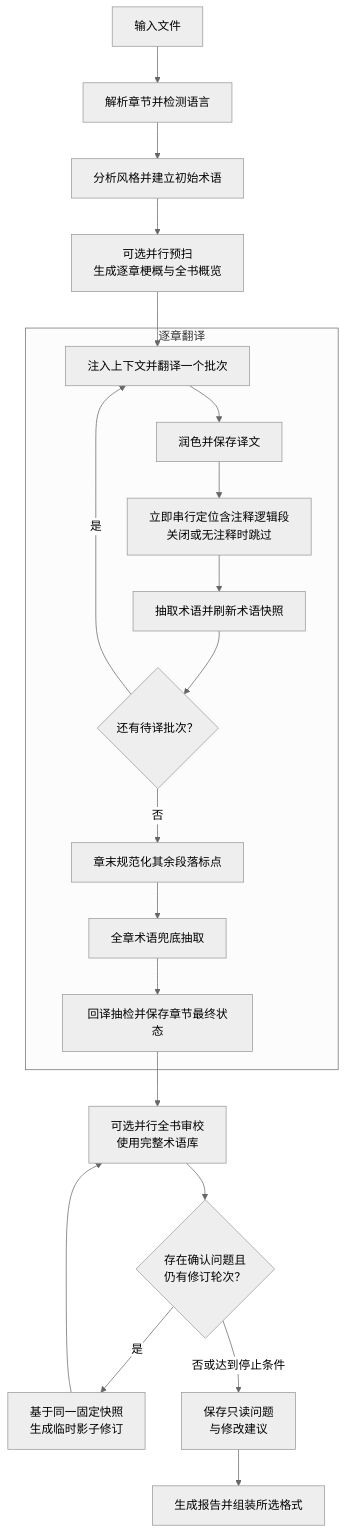
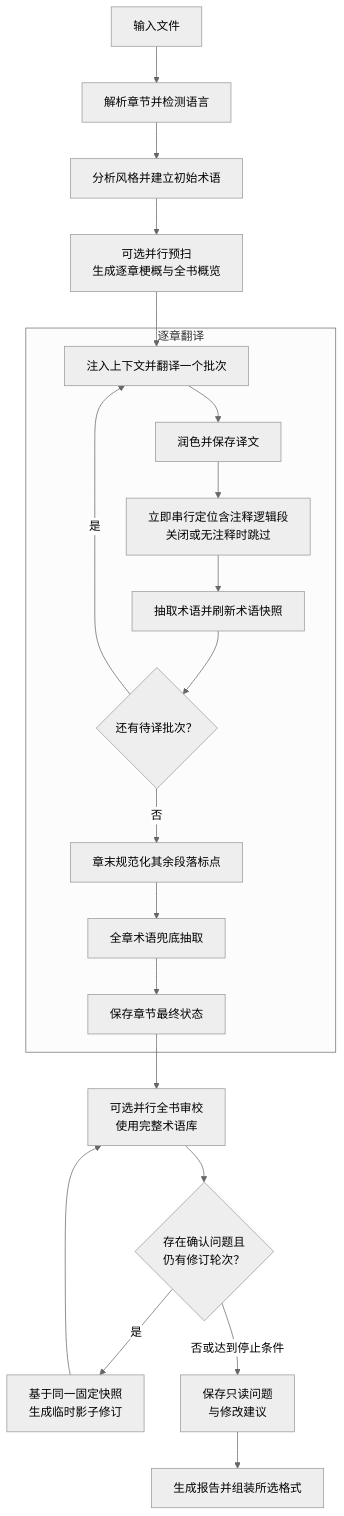
The diagram in docs/zh/README.md (BigDawnGhost/wenyi), drawn with Mermaid (neutral theme) before and after one commit. The commit also changed other lines of this file and 21 other files, not shown here.

````diff
--- a/docs/zh/README.md
+++ b/docs/zh/README.md
@@ -155,26 +155,26 @@
 ```mermaid
 flowchart TD
     A[输入文件] --> B[解析章节并检测语言]
     B --> C[分析风格并建立初始术语]
     C --> D[可选并行预扫<br/>生成逐章梗概与全书概览]
     D --> E
 
     subgraph T[逐章翻译]
         E[注入上下文并翻译一个批次]
         E --> F[润色并保存译文]
         F --> FA[立即串行定位含注释逻辑段<br/>关闭或无注释时跳过]
         FA --> G[抽取术语并刷新术语快照]
         G --> H{还有待译批次？}
         H -- 是 --> E
         H -- 否 --> I[章末规范化其余段落标点]
         I --> IB[全章术语兜底抽取]
-        IB --> J[回译抽检并保存章节最终状态]
+        IB --> J[保存章节最终状态]
     end
 
     J --> K[可选并行全书审校<br/>使用完整术语库]
     K --> N{存在确认问题且<br/>仍有修订轮次？}
     N -- 是 --> O[基于同一固定快照<br/>生成临时影子修订]
     O --> K
     N -- 否或达到停止条件 --> P[保存只读问题<br/>与修改建议]
     P --> M[生成报告并组装所选格式]
 ```
````
